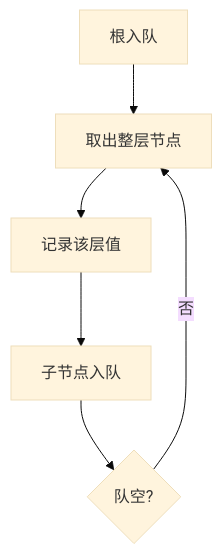
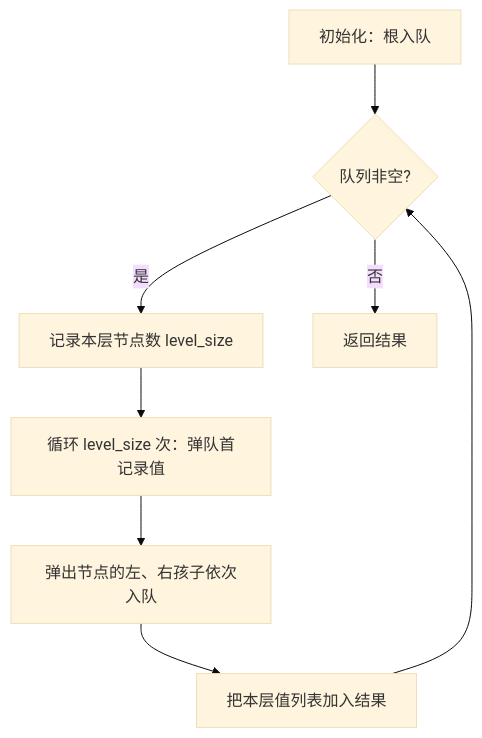
One commit to OctalZero/hot100-py changed the first of 2 diagrams in 09-二叉树/0102-二叉树的层序遍历.md. Above: the diagram before and after it, drawn with Mermaid (base theme). The commit also changed other lines of this file and 117 other files, not shown here.

First line of the commit message:
feat: 全题解配图升级为「动画式 mermaid」（总览骨架 + 横向时间线逐步推演）

````diff
--- a/09-二叉树/0102-二叉树的层序遍历.md
+++ b/09-二叉树/0102-二叉树的层序遍历.md
@@ -18,8 +18,10 @@
 ```mermaid
 flowchart TD
-    A["根入队"] --> B["取出整层节点"]
-    B --> C["记录该层值"]
-    C --> D["子节点入队"]
-    D --> E{"队空?"}
-    E -- "否" --> B
+    A["初始化：根入队"] --> B{"队列非空?"}
+    B -->|"是"| C["记录本层节点数 level_size"]
+    C --> D["循环 level_size 次：弹队首记录值"]
+    D --> E["弹出节点的左、右孩子依次入队"]
+    E --> F["把本层值列表加入结果"]
+    F --> B
+    B -->|"否"| G["返回结果"]
 ```
````
